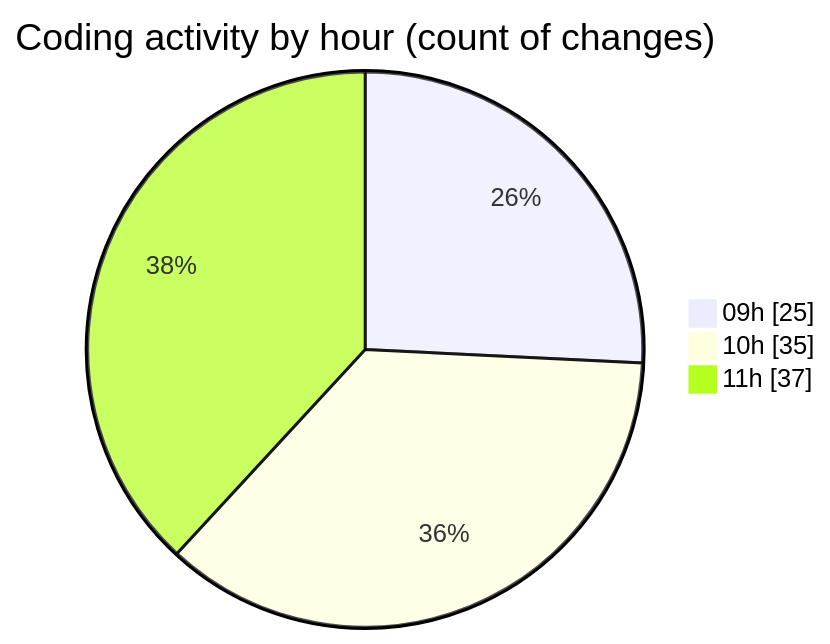
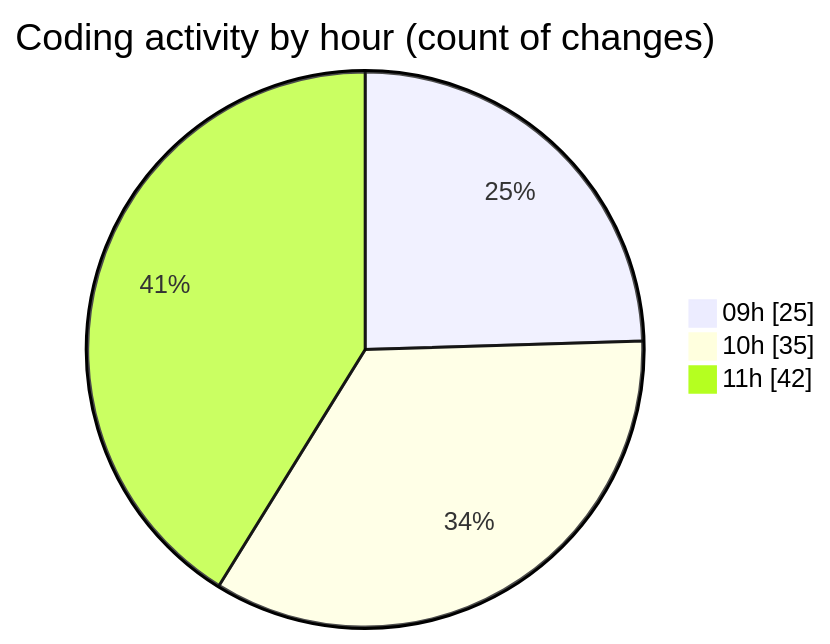
One commit to momahboobian/code-tracking changed the second of 2 diagrams in 2025-08-22/cda/README.md. Above: the diagram before and after it, drawn with Mermaid. The commit also changed other lines of this file and 1 other file, not shown here.

````diff
--- a/2025-08-22/cda/README.md
+++ b/2025-08-22/cda/README.md
@@ -43,7 +46,7 @@
 ```mermaid
 pie showData
 title Coding activity by hour (count of changes)
 "09h" : 25
 "10h" : 35
-"11h" : 37
+"11h" : 42
 ```
````
